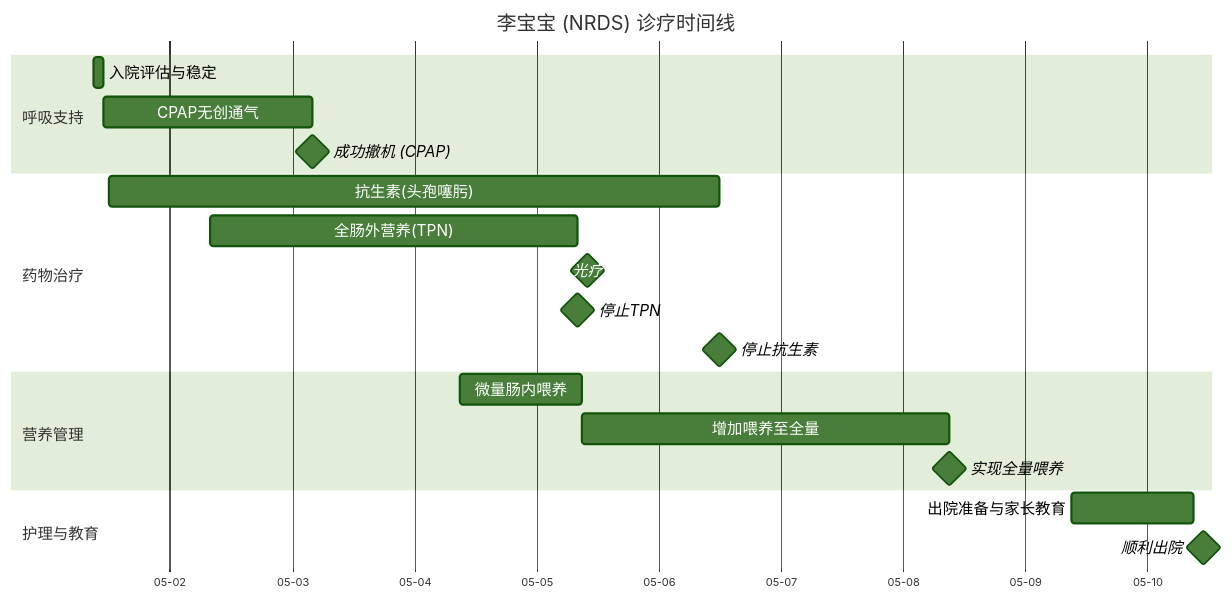
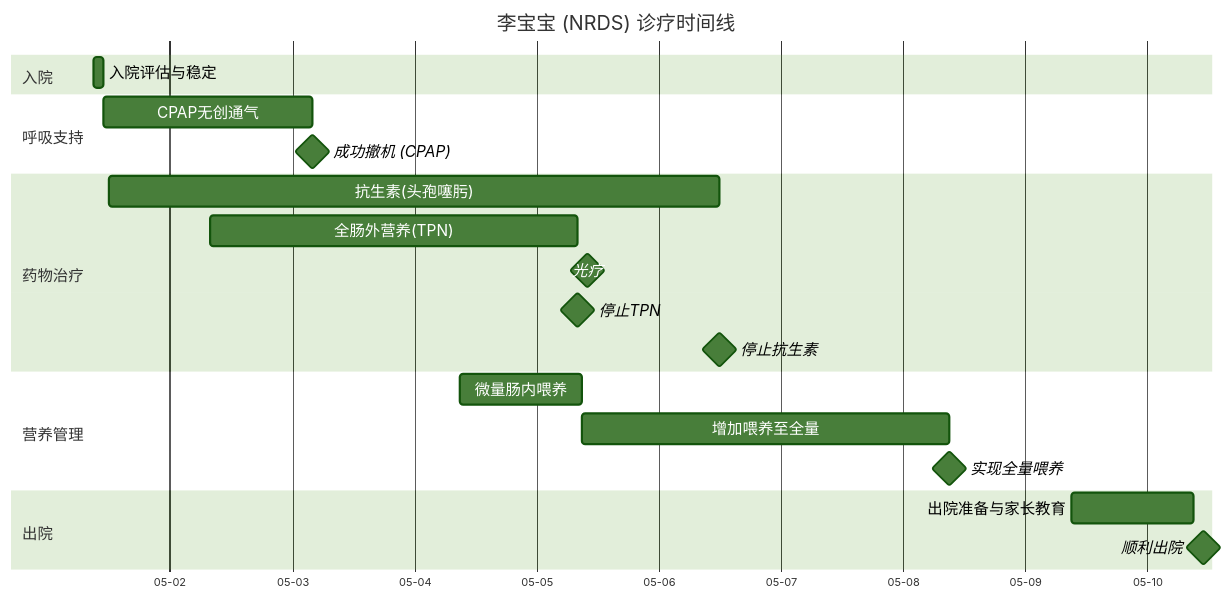
The diagram in example.mmd (ZuchaoWang/mermaid-renderer), drawn with Mermaid before and after one commit.

Commit message:
update example

```diff
--- a/example.mmd
+++ b/example.mmd
@@ -1,35 +1,37 @@
 ---
 config:
     theme: forest
     gantt:
         barHeight: 28
         barGap: 8
         rightPadding: 16
         fontSize: 14
         sectionFontSize: 14
 ---
 gantt
     title 李宝宝 (NRDS) 诊疗时间线
     dateFormat  YYYY-MM-DD HH:mm
     axisFormat  %m-%d
+
+    section 入院
+    入院评估与稳定     :a1, 2024-05-01 09:00, 2024-05-01 11:00
     
     section 呼吸支持
-    入院评估与稳定     :a1, 2024-05-01 09:00, 2024-05-01 11:00
     CPAP无创通气       :a2, 2024-05-01 11:00, 2024-05-03 04:00
     成功撤机 (CPAP)   :milestone, m1, 2024-05-03 04:00, 0h
     
     section 药物治疗
     抗生素(头孢噻肟)    :b1, 2024-05-01 12:00, 2024-05-06 12:00
     全肠外营养(TPN)    :b2, 2024-05-02 08:00, 2024-05-05 08:00
     光疗              :milestone, b3, 2024-05-05 10:00, 0h
     停止TPN          :milestone, m2, 2024-05-05 08:00, 0h
     停止抗生素        :milestone, m3, 2024-05-06 12:00, 0h
     
     section 营养管理
     微量肠内喂养       :c1, 2024-05-04 09:00, 2024-05-05 09:00
     增加喂养至全量     :c2, 2024-05-05 09:00, 2024-05-08 09:00
     实现全量喂养      :milestone, m4, 2024-05-08 09:00, 0h
     
-    section 护理与教育
+    section 出院
     出院准备与家长教育 :d1, 2024-05-09 09:00, 2024-05-10 09:00
     顺利出院         :milestone, m5, 2024-05-10 11:00, 0h
```
